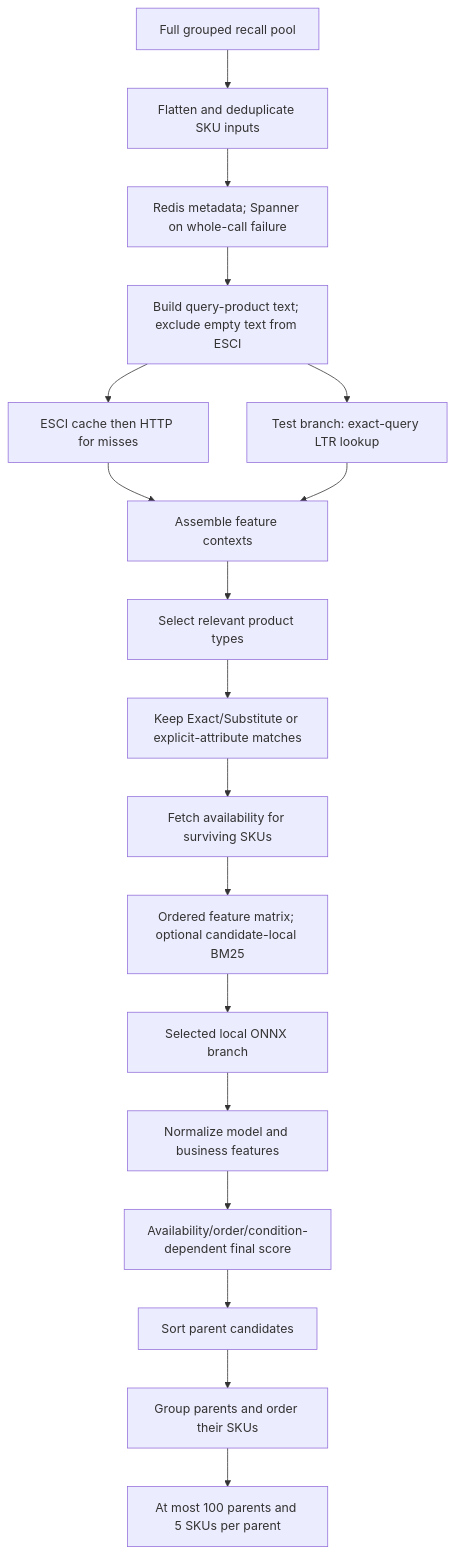
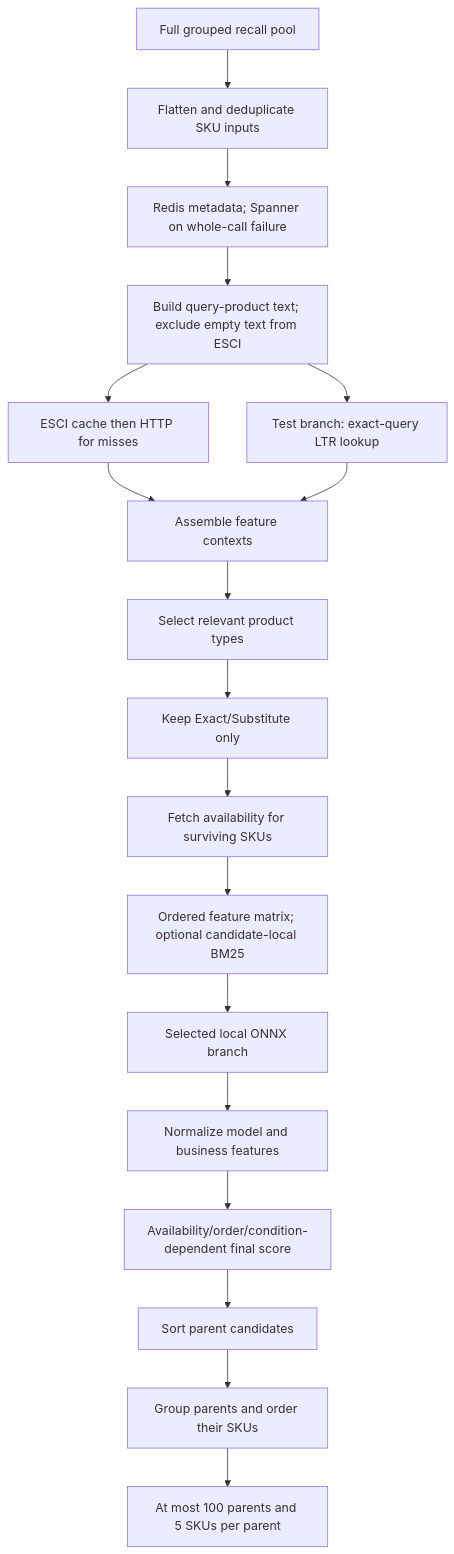
The ninth of 14 diagrams in Search2.0 architecture.md (aaronjoseph/DataScienceNotes), drawn with Mermaid before and after one commit. The commit also changed other lines of this file and 195 other files, not shown here.

````diff
--- a/Search2.0 architecture.md
+++ b/Search2.0 architecture.md
@@ -376,20 +701,20 @@
 ```mermaid
 flowchart TD
     Recall["Full grouped recall pool"] --> Flat["Flatten and deduplicate SKU inputs"]
     Flat --> Meta["Redis metadata; Spanner on whole-call failure"]
     Meta --> Text["Build query-product text; exclude empty text from ESCI"]
     Text --> E["ESCI cache then HTTP for misses"]
     Text --> L["Test branch: exact-query LTR lookup"]
     E --> Context["Assemble feature contexts"]
     L --> Context
     Context --> Types["Select relevant product types"]
-    Types --> Keep["Keep Exact/Substitute or explicit-attribute matches"]
+    Types --> Keep["Keep Exact/Substitute only"]
     Keep --> Avail["Fetch availability for surviving SKUs"]
     Avail --> Matrix["Ordered feature matrix; optional candidate-local BM25"]
     Matrix --> ONNX["Selected local ONNX branch"]
     ONNX --> Norm["Normalize model and business features"]
     Norm --> Score["Availability/order/condition-dependent final score"]
     Score --> Sort["Sort parent candidates"]
     Sort --> Group["Group parents and order their SKUs"]
     Group --> Cap["At most 100 parents and 5 SKUs per parent"]
 ```
````
